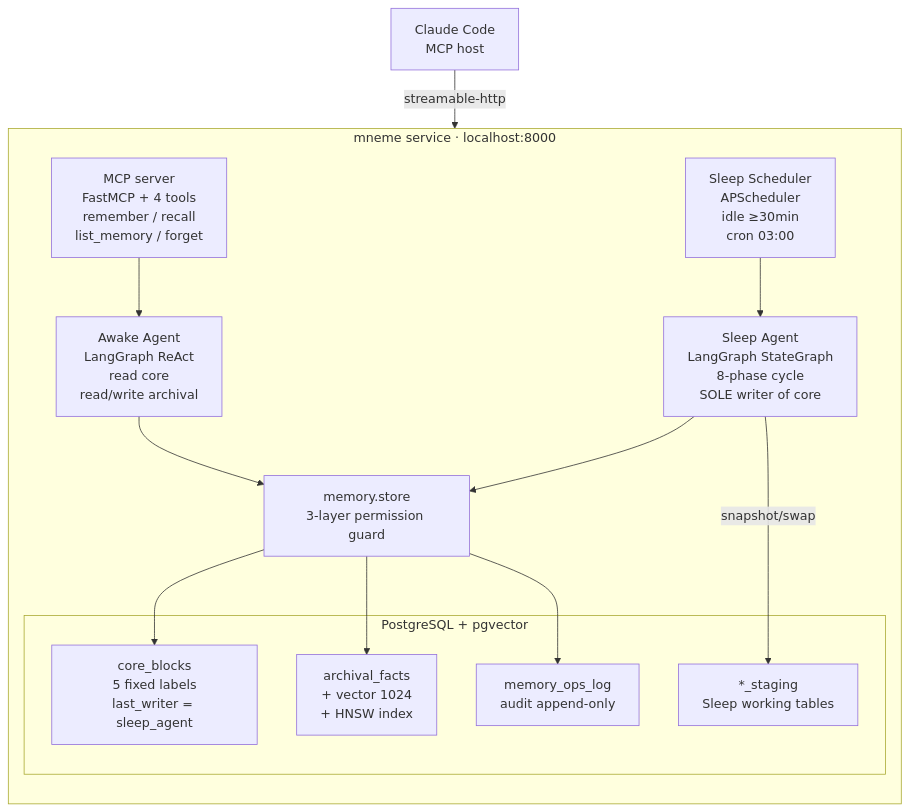
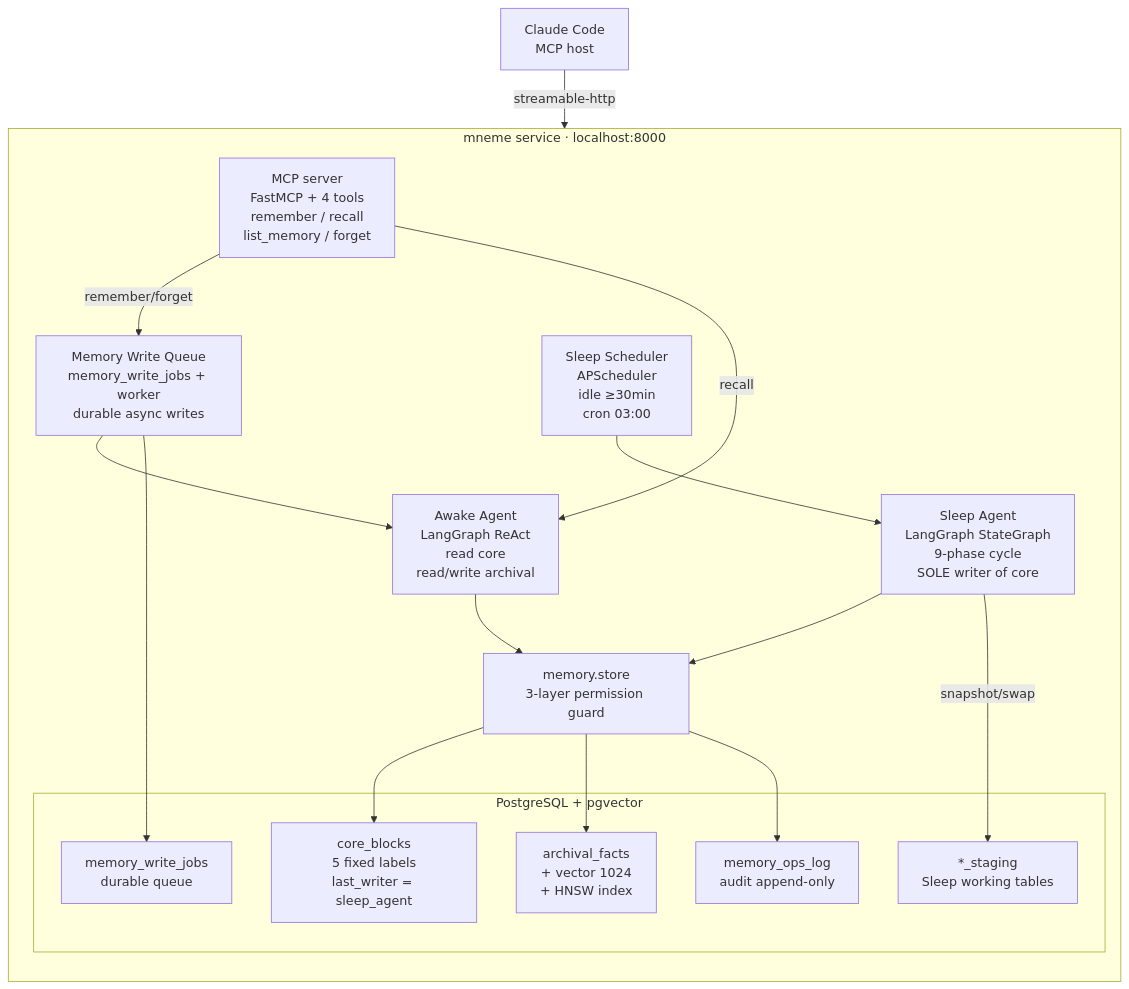
One commit to 1yuxiangJ/Mneme changed the diagram in README.md. Above: the diagram before and after it, drawn with Mermaid. The commit also changed other lines of this file and 18 other files, not shown here.

Commit message:
feat: add durable memory write queue

````diff
--- a/README.md
+++ b/README.md
@@ -24,30 +24,35 @@
 ```mermaid
 flowchart TB
     CC[Claude Code<br/>MCP host]
 
     subgraph mneme[mneme service · localhost:8000]
         direction TB
         MCP[MCP server<br/>FastMCP + 4 tools<br/>remember / recall<br/>list_memory / forget]
+        MW[Memory Write Queue<br/>memory_write_jobs + worker<br/>durable async writes]
         AW[Awake Agent<br/>LangGraph ReAct<br/>read core<br/>read/write archival]
         SCH[Sleep Scheduler<br/>APScheduler<br/>idle ≥30min<br/>cron 03:00]
-        SL[Sleep Agent<br/>LangGraph StateGraph<br/>8-phase cycle<br/>SOLE writer of core]
+        SL[Sleep Agent<br/>LangGraph StateGraph<br/>9-phase cycle<br/>SOLE writer of core]
         ST[memory.store<br/>3-layer permission guard]
 
         subgraph DB[PostgreSQL + pgvector]
             CB[core_blocks<br/>5 fixed labels<br/>last_writer = sleep_agent]
             AF[archival_facts<br/>+ vector 1024<br/>+ HNSW index]
+            JQ[memory_write_jobs<br/>durable queue]
             LG[memory_ops_log<br/>audit append-only]
             STG[*_staging<br/>Sleep working tables]
         end
     end
 
     CC -- streamable-http --> MCP
-    MCP --> AW
+    MCP -- remember/forget --> MW
+    MCP -- recall --> AW
+    MW --> AW
     AW --> ST
     SCH --> SL
     SL --> ST
     SL -- snapshot/swap --> STG
     ST --> CB
     ST --> AF
+    MW --> JQ
     ST --> LG
 ```
````
